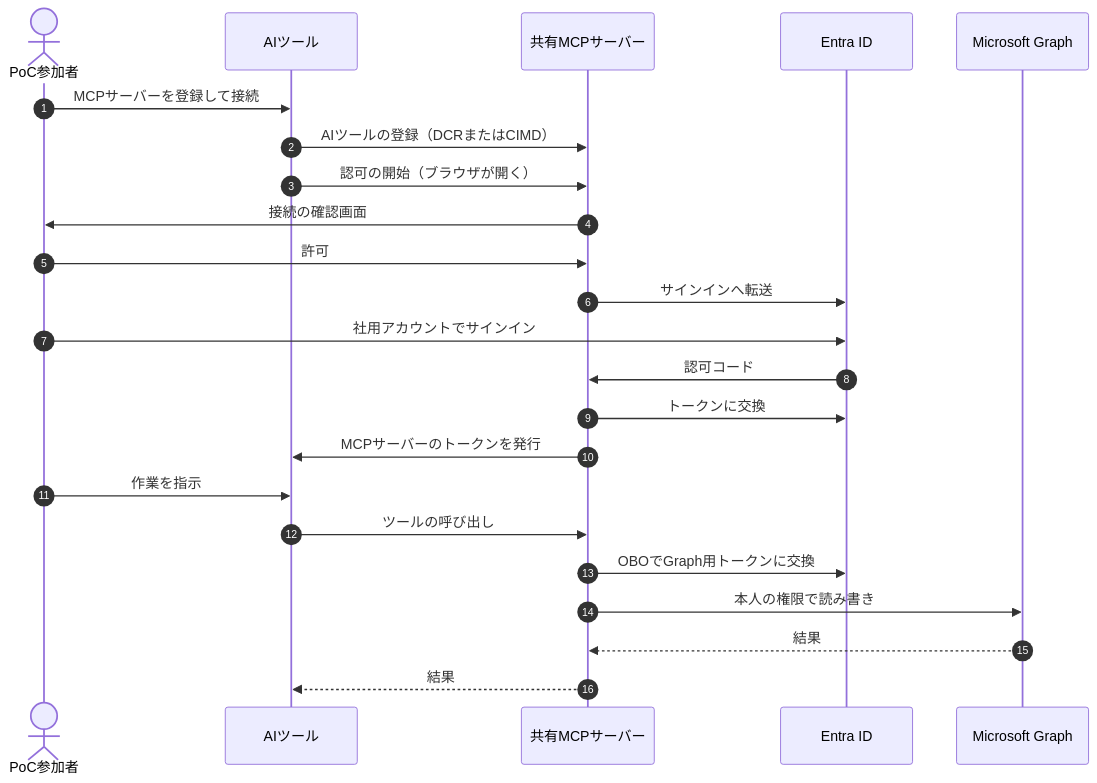
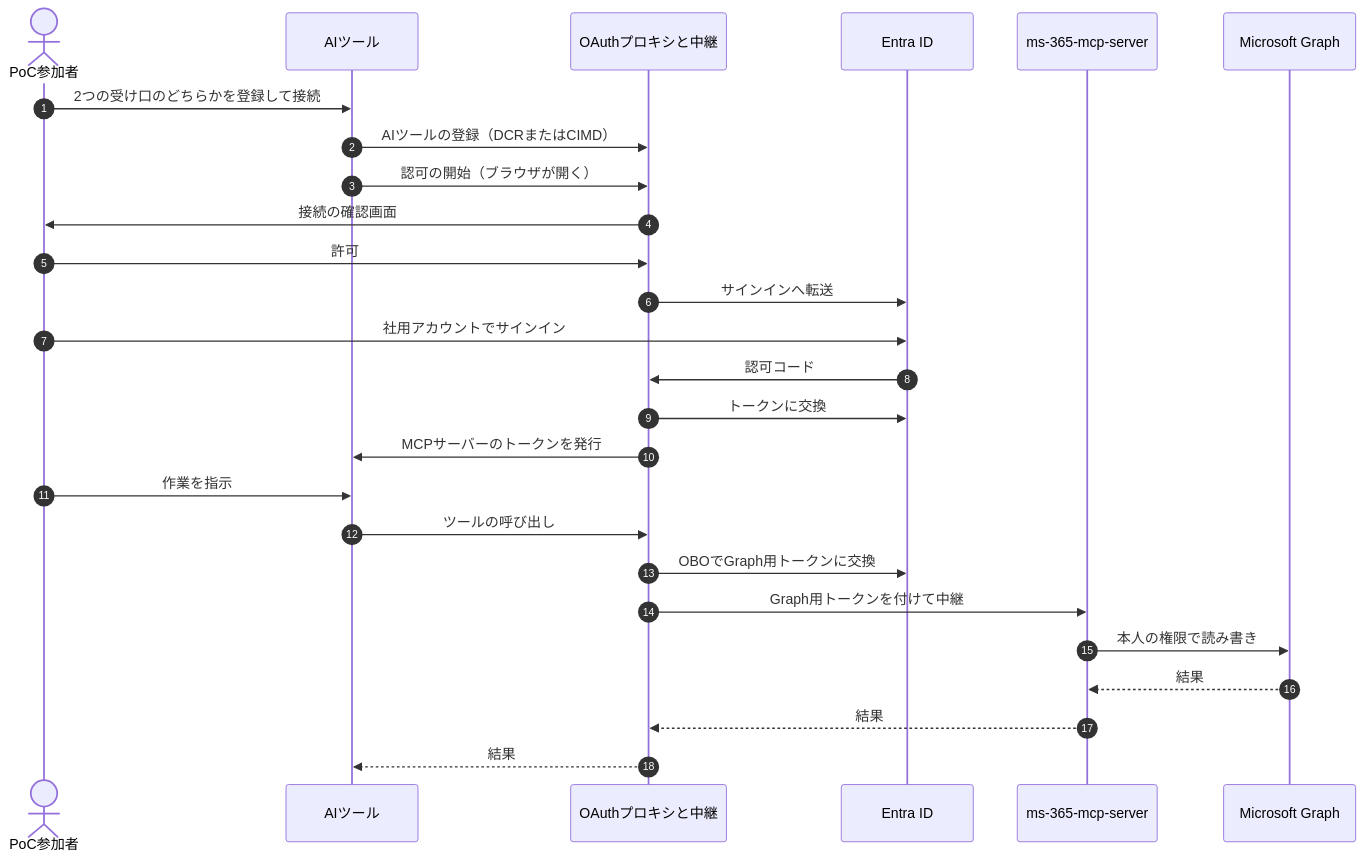
One commit to notfolder/graph-mcp-gateway changed the third of 4 diagrams in docs/requirements.md. Above: the diagram before and after it, drawn with Mermaid. The commit also changed other lines of this file and 51 other files, not shown here.

First line of the commit message:
docs: ms-365-mcp-server を中継する方針に要件・外部連携の調査・詳細設計を作り直し

````diff
--- a/docs/requirements.md
+++ b/docs/requirements.md
@@ -153,26 +184,29 @@
 ```mermaid
 sequenceDiagram
   autonumber
   actor U as PoC参加者
   participant CL as AIツール
-  participant SV as 共有MCPサーバー
+  participant PX as OAuthプロキシと中継
   participant EN as Entra ID
+  participant MS as ms-365-mcp-server
   participant GR as Microsoft Graph
 
-  U->>CL: MCPサーバーを登録して接続
-  CL->>SV: AIツールの登録（DCRまたはCIMD）
-  CL->>SV: 認可の開始（ブラウザが開く）
-  SV->>U: 接続の確認画面
-  U->>SV: 許可
-  SV->>EN: サインインへ転送
+  U->>CL: 2つの受け口のどちらかを登録して接続
+  CL->>PX: AIツールの登録（DCRまたはCIMD）
+  CL->>PX: 認可の開始（ブラウザが開く）
+  PX->>U: 接続の確認画面
+  U->>PX: 許可
+  PX->>EN: サインインへ転送
   U->>EN: 社用アカウントでサインイン
-  EN->>SV: 認可コード
-  SV->>EN: トークンに交換
-  SV->>CL: MCPサーバーのトークンを発行
+  EN->>PX: 認可コード
+  PX->>EN: トークンに交換
+  PX->>CL: MCPサーバーのトークンを発行
   U->>CL: 作業を指示
-  CL->>SV: ツールの呼び出し
-  SV->>EN: OBOでGraph用トークンに交換
-  SV->>GR: 本人の権限で読み書き
-  GR-->>SV: 結果
-  SV-->>CL: 結果
+  CL->>PX: ツールの呼び出し
+  PX->>EN: OBOでGraph用トークンに交換
+  PX->>MS: Graph用トークンを付けて中継
+  MS->>GR: 本人の権限で読み書き
+  GR-->>MS: 結果
+  MS-->>PX: 結果
+  PX-->>CL: 結果
 ```
````
